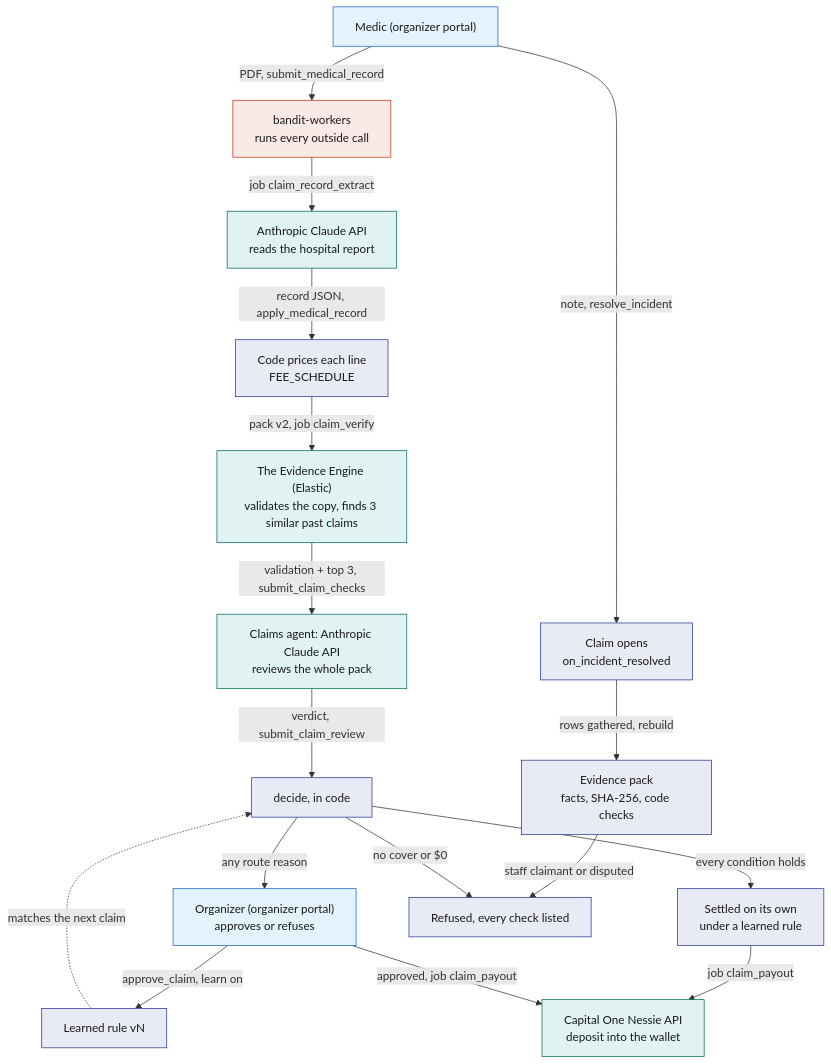
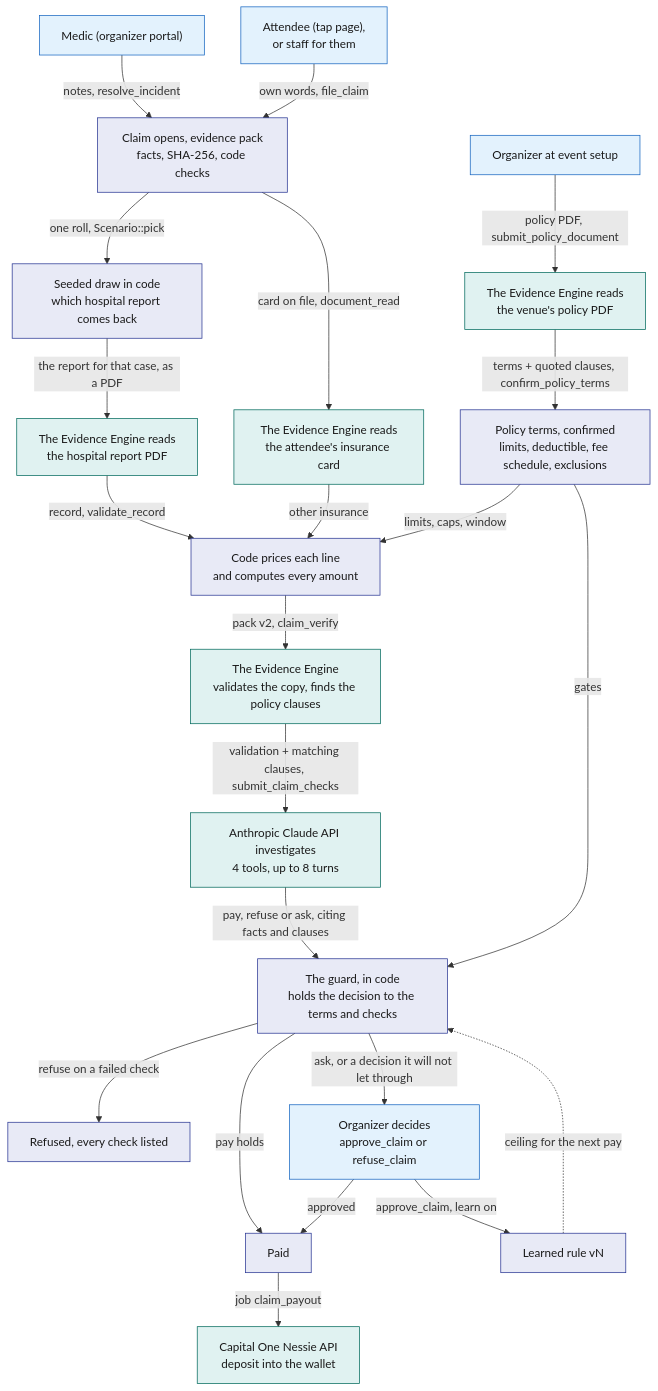
The first of 5 diagrams in System Design/6-features/Insurance.md (viktorinkov/cal-hacks-13), drawn with Mermaid before and after one commit. The commit also changed other lines of this file and 5 other files, not shown here.

Commit message:
system design: policy clauses instead of past claims, Claude decides under the guard

````diff
--- a/System Design/6-features/Insurance.md
+++ b/System Design/6-features/Insurance.md
@@ -15,39 +19,47 @@
 ```mermaid
 flowchart TB
-  classDef rust fill:#FBE9E7,stroke:#BF360C,color:#1A1A1A
   classDef stdb fill:#E8EAF6,stroke:#283593,color:#1A1A1A
   classDef web fill:#E3F2FD,stroke:#1565C0,color:#1A1A1A
   classDef ext fill:#E0F2F1,stroke:#00695C,color:#1A1A1A
 
+  Org0["Organizer at event setup"]:::web
+  VP["The Evidence Engine reads<br/>the venue's policy PDF"]:::ext
+  Terms["Policy terms, confirmed<br/>limits, deductible, fee schedule, exclusions"]:::stdb
   Medic["Medic (organizer portal)"]:::web
-  Open["Claim opens<br/>on_incident_resolved"]:::stdb
-  Pack["Evidence pack<br/>facts, SHA-256, code checks"]:::stdb
-  Read["Anthropic Claude API<br/>reads the hospital report"]:::ext
-  Price["Code prices each line<br/>FEE_SCHEDULE"]:::stdb
-  EE["The Evidence Engine (Elastic)<br/>validates the copy, finds 3 similar past claims"]:::ext
-  Agent["Claims agent: Anthropic Claude API<br/>reviews the whole pack"]:::ext
-  Decide["decide, in code"]:::stdb
-  Auto["Settled on its own<br/>under a learned rule"]:::stdb
-  Org["Organizer (organizer portal)<br/>approves or refuses"]:::web
+  Att["Attendee (tap page),<br/>or staff for them"]:::web
+  Open["Claim opens, evidence pack<br/>facts, SHA-256, code checks"]:::stdb
+  Draw["Seeded draw in code<br/>which hospital report comes back"]:::stdb
+  HR["The Evidence Engine reads<br/>the hospital report PDF"]:::ext
+  Card["The Evidence Engine reads<br/>the attendee's insurance card"]:::ext
+  Price["Code prices each line<br/>and computes every amount"]:::stdb
+  EE["The Evidence Engine<br/>validates the copy, finds the policy clauses"]:::ext
+  Claude["Anthropic Claude API investigates<br/>4 tools, up to 8 turns"]:::ext
+  Guard["The guard, in code<br/>holds the decision to the terms and checks"]:::stdb
+  Paid["Paid"]:::stdb
   Ref["Refused, every check listed"]:::stdb
+  Org["Organizer decides<br/>approve_claim or refuse_claim"]:::web
   Rule["Learned rule vN"]:::stdb
   Pay["Capital One Nessie API<br/>deposit into the wallet"]:::ext
-  W["bandit-workers<br/>runs every outside call"]:::rust
 
-  Medic -->|"note, resolve_incident"| Open
-  Open -->|"rows gathered, rebuild"| Pack
-  Pack -->|"staff claimant or disputed"| Ref
-  Medic -->|"PDF, submit_medical_record"| W
-  W -->|"job claim_record_extract"| Read
-  Read -->|"record JSON, apply_medical_record"| Price
-  Price -->|"pack v2, job claim_verify"| EE
-  EE -->|"validation + top 3, submit_claim_checks"| Agent
-  Agent -->|"verdict, submit_claim_review"| Decide
-  Decide -->|"no cover or $0"| Ref
-  Decide -->|"any route reason"| Org
-  Decide -->|"every condition holds"| Auto
+  Org0 -->|"policy PDF, submit_policy_document"| VP
+  VP -->|"terms + quoted clauses, confirm_policy_terms"| Terms
+  Medic -->|"notes, resolve_incident"| Open
+  Att -->|"own words, file_claim"| Open
+  Open -->|"one roll, Scenario::pick"| Draw
+  Draw -->|"the report for that case, as a PDF"| HR
+  Open -->|"card on file, document_read"| Card
+  HR -->|"record, validate_record"| Price
+  Card -->|"other insurance"| Price
+  Terms -->|"limits, caps, window"| Price
+  Price -->|"pack v2, claim_verify"| EE
+  EE -->|"validation + matching clauses, submit_claim_checks"| Claude
+  Claude -->|"pay, refuse or ask, citing facts and clauses"| Guard
+  Terms -->|"gates"| Guard
+  Guard -->|"pay holds"| Paid
+  Guard -->|"refuse on a failed check"| Ref
+  Guard -->|"ask, or a decision it will not let through"| Org
   Org -->|"approve_claim, learn on"| Rule
-  Rule -.->|"matches the next claim"| Decide
-  Auto -->|"job claim_payout"| Pay
-  Org -->|"approved, job claim_payout"| Pay
+  Rule -.->|"ceiling for the next pay"| Guard
+  Org -->|"approved"| Paid
+  Paid -->|"job claim_payout"| Pay
 ```
````
